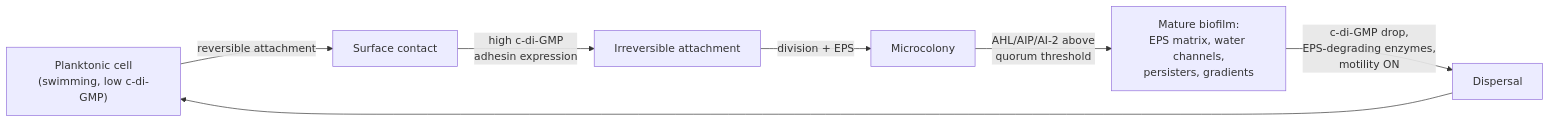
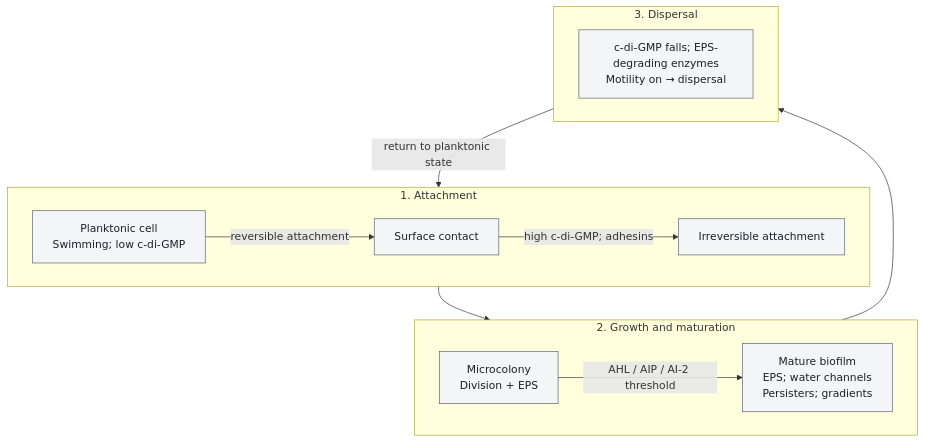
The fourth of 9 diagrams in docs/manuscript/unit_VII/bacteria_archaea_viruses.md (docxology/biology_textbook), drawn with Mermaid before and after one commit. The commit also changed other lines of this file and 41 other files, not shown here.

````diff
--- a/docs/manuscript/unit_VII/bacteria_archaea_viruses.md
+++ b/docs/manuscript/unit_VII/bacteria_archaea_viruses.md
@@ -390,9 +403,22 @@
 ```mermaid
-flowchart LR
-    P["Planktonic cell\n(swimming, low c-di-GMP)"] -->|"reversible attachment"| A["Surface contact"]
-    A -->|"high c-di-GMP\nadhesin expression"| I["Irreversible attachment"]
-    I -->|"division + EPS"| MC["Microcolony"]
-    MC -->|"AHL/AIP/AI-2 above\nquorum threshold"| MAT["Mature biofilm:\nEPS matrix, water channels,\npersisters, gradients"]
-    MAT -->|"c-di-GMP drop,\nEPS-degrading enzymes,\nmotility ON"| D["Dispersal"]
-    D --> P
+---
+config:
+  layout: dagre
+---
+flowchart TB
+    subgraph ATT["1. Attachment"]
+        direction LR
+        P["Planktonic cell<br/>Swimming; low c-di-GMP"] -->|reversible attachment| A["Surface contact"]
+        A -->|high c-di-GMP; adhesins| I["Irreversible attachment"]
+    end
+    subgraph MAT["2. Growth and maturation"]
+        direction LR
+        MC["Microcolony<br/>Division + EPS"] -->|AHL / AIP / AI-2 threshold| M["Mature biofilm<br/>EPS; water channels<br/>Persisters; gradients"]
+    end
+    subgraph DISP["3. Dispersal"]
+        D["c-di-GMP falls; EPS-degrading enzymes<br/>Motility on → dispersal"]
+    end
+    ATT --> MAT --> DISP
+    DISP -->|return to planktonic state| ATT
+    classDef default fill:#f4f5f6,stroke:#59636e,color:#17212b
 ```
````
